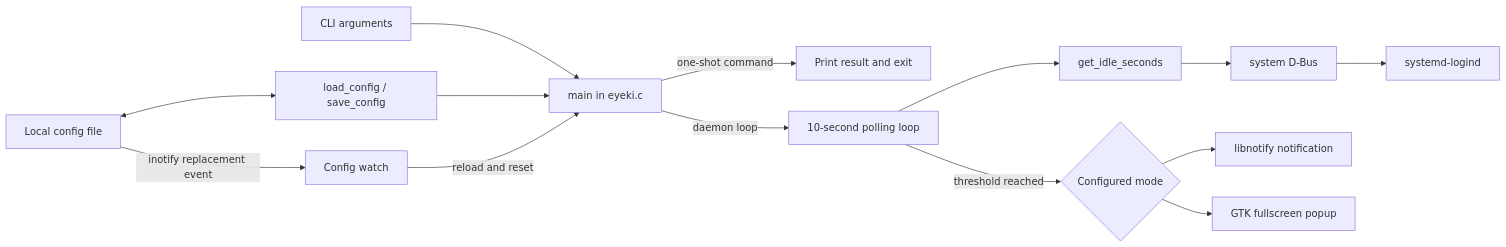
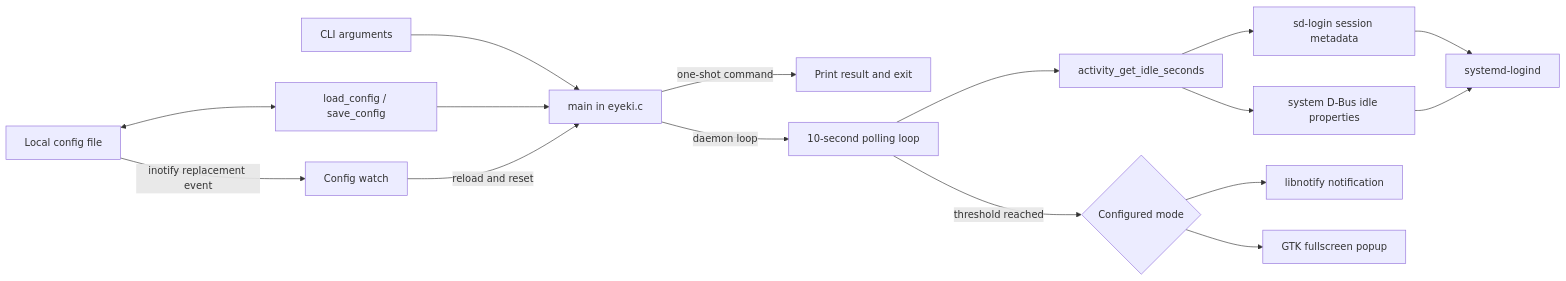
One commit to KLX1899/eyeki changed the first of 2 diagrams in docs/ARCHITECTURE.md. Above: the diagram before and after it, drawn with Mermaid. The commit also changed other lines of this file and 16 other files, not shown here.

Commit message:
fix: resolve active logind session

````diff
--- a/docs/ARCHITECTURE.md
+++ b/docs/ARCHITECTURE.md
@@ -7,16 +7,18 @@
 ```mermaid
 flowchart LR
     CLI[CLI arguments] --> Main[main in eyeki.c]
     File[Local config file] <--> Config[load_config / save_config]
     Config --> Main
     File -->|inotify replacement event| Watch[Config watch]
     Watch -->|reload and reset| Main
     Main -->|one-shot command| Exit[Print result and exit]
     Main -->|daemon loop| Timer[10-second polling loop]
-    Timer --> Idle[get_idle_seconds]
-    Idle --> Bus[system D-Bus]
-    Bus --> Logind[systemd-logind]
+    Timer --> Idle[activity_get_idle_seconds]
+    Idle --> Login[sd-login session metadata]
+    Login --> Logind[systemd-logind]
+    Idle --> Bus[system D-Bus idle properties]
+    Bus --> Logind
     Timer -->|threshold reached| Choice{Configured mode}
     Choice --> Notify[libnotify notification]
     Choice --> Popup[GTK fullscreen popup]
 ```
````
